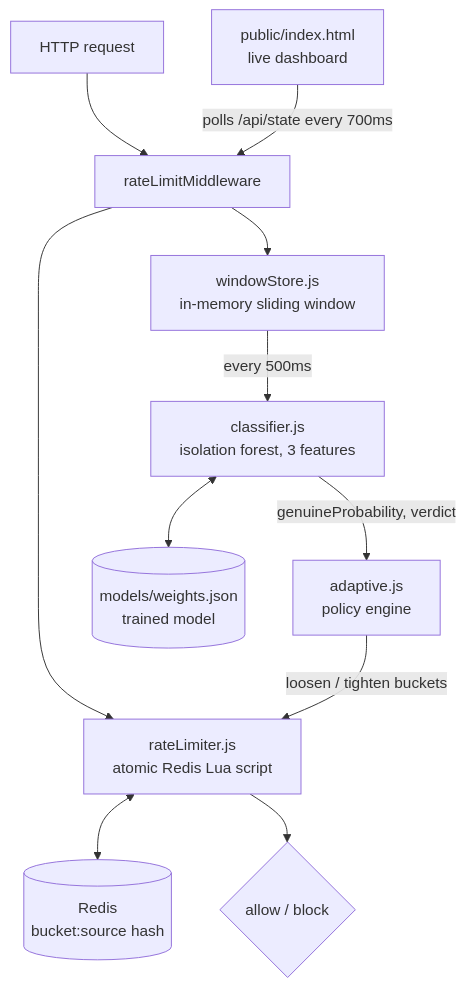
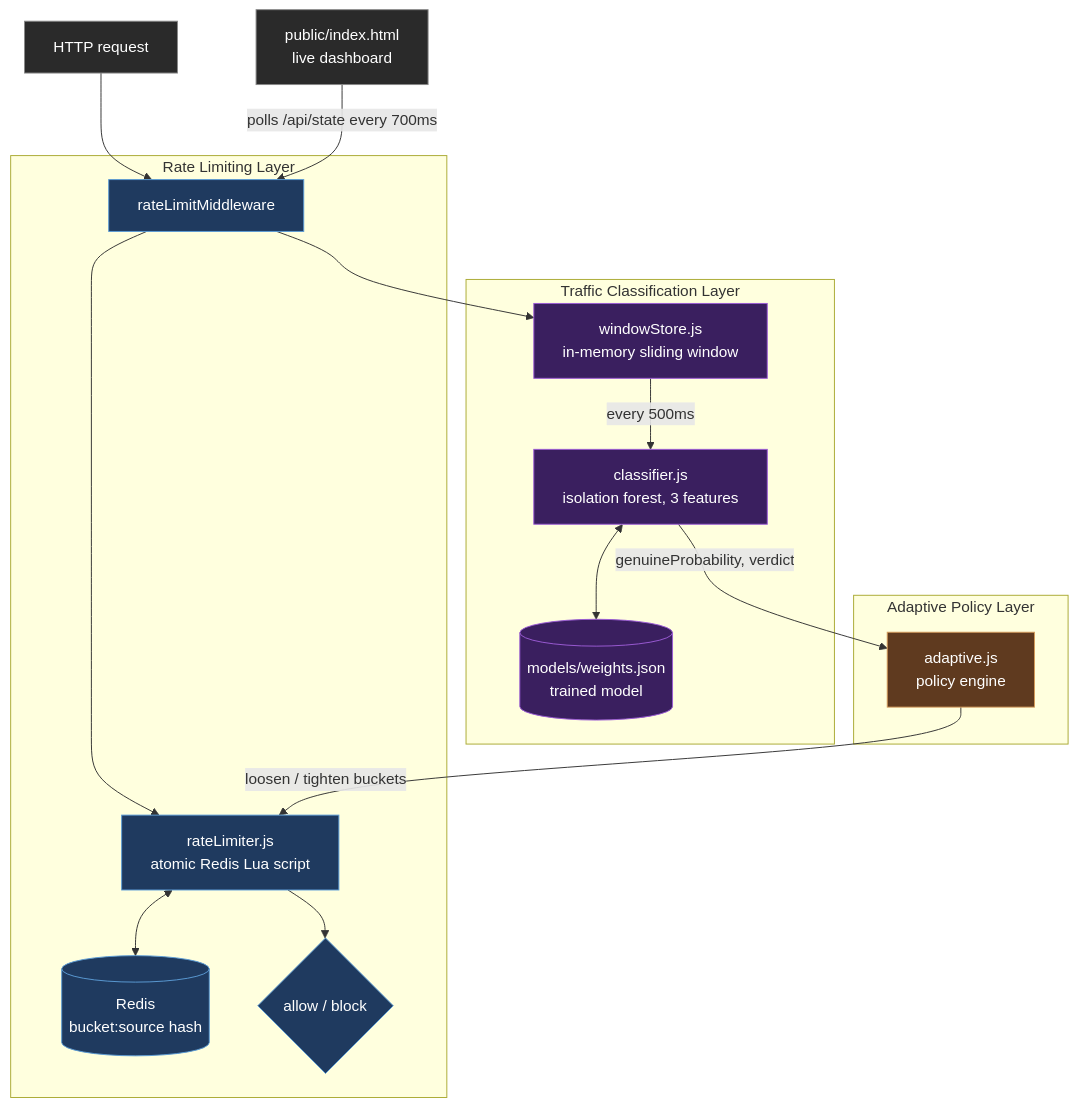
The diagram in README.md (sushant-1212/distributed-rate-limiter), drawn with Mermaid before and after one commit.

Commit message:
Improve architecture diagram with color-coded layers

````diff
--- a/README.md
+++ b/README.md
@@ -12,13 +12,33 @@
 ```mermaid
 flowchart TD
-    A[HTTP request] --> B[rateLimitMiddleware]
-    B --> C["rateLimiter.js<br/>atomic Redis Lua script"]
-    C <--> D[("Redis<br/>bucket:source hash")]
-    C --> E{allow / block}
-    B --> F["windowStore.js<br/>in-memory sliding window"]
-    F -->|every 500ms| G["classifier.js<br/>isolation forest, 3 features"]
-    G <--> H[("models/weights.json<br/>trained model")]
-    G -->|genuineProbability, verdict| I["adaptive.js<br/>policy engine"]
-    I -->|loosen / tighten buckets| C
-    J["public/index.html<br/>live dashboard"] -->|polls /api/state every 700ms| B
+    Client[HTTP request] --> MW[rateLimitMiddleware]
+
+    subgraph RL["Rate Limiting Layer"]
+        MW --> RLJS["rateLimiter.js<br/>atomic Redis Lua script"]
+        RLJS <--> Redis[("Redis<br/>bucket:source hash")]
+        RLJS --> Decision{allow / block}
+    end
+
+    subgraph CL["Traffic Classification Layer"]
+        MW --> WS["windowStore.js<br/>in-memory sliding window"]
+        WS -->|every 500ms| CJS["classifier.js<br/>isolation forest, 3 features"]
+        CJS <--> Model[("models/weights.json<br/>trained model")]
+    end
+
+    subgraph AP["Adaptive Policy Layer"]
+        CJS -->|genuineProbability, verdict| AD["adaptive.js<br/>policy engine"]
+        AD -->|loosen / tighten buckets| RLJS
+    end
+
+    Dash["public/index.html<br/>live dashboard"] -->|polls /api/state every 700ms| MW
+
+    classDef rl fill:#1f3a5f,stroke:#5b9bd5,color:#fff
+    classDef cl fill:#3a1f5f,stroke:#9b5bd5,color:#fff
+    classDef ap fill:#5f3a1f,stroke:#d59b5b,color:#fff
+    classDef client fill:#2a2a2a,stroke:#888,color:#fff
+
+    class MW,RLJS,Redis,Decision rl
+    class WS,CJS,Model cl
+    class AD ap
+    class Client,Dash client
 ```
````
